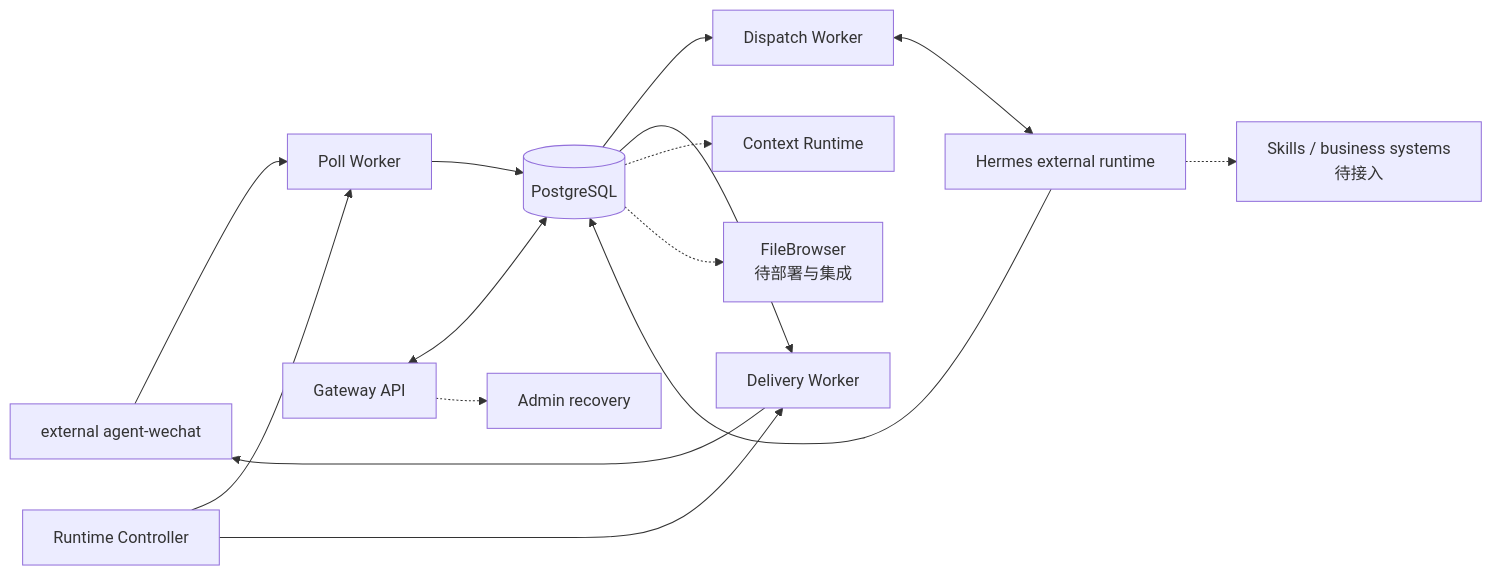
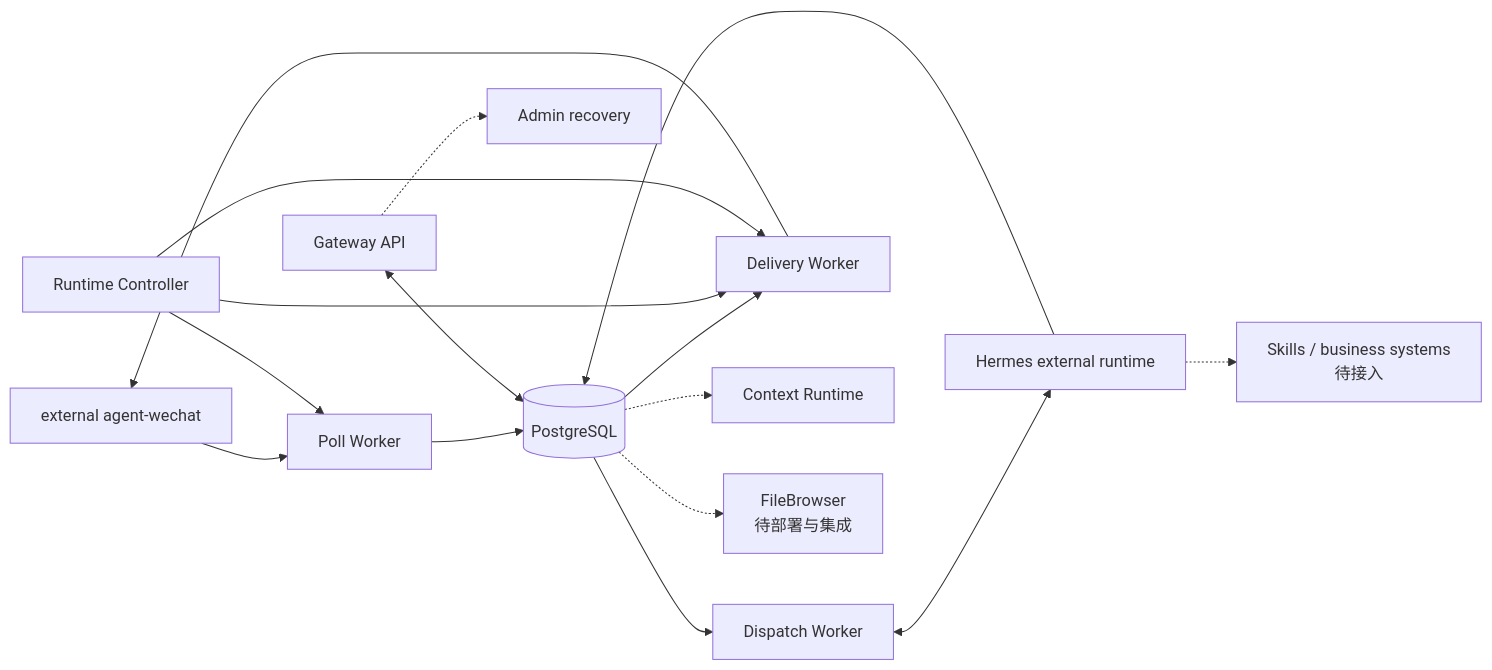
The diagram in architecture/component-map.md (Tangbohu09527/CF_ecommerce-automation-docs), drawn with Mermaid before and after one commit. The commit also changed other lines of this file and 16 other files, not shown here.

````diff
--- a/architecture/component-map.md
+++ b/architecture/component-map.md
@@ -21,13 +21,14 @@
 ```mermaid
 flowchart LR
     AW["external agent-wechat"] --> PW["Poll Worker"] --> PG[("PostgreSQL")]
     API["Gateway API"] <--> PG
     PG --> DW["Dispatch Worker"] <--> H["Hermes external runtime"]
     H --> PG --> DLW["Delivery Worker"] --> AW
     CTL["Runtime Controller"] --> PW
     CTL --> DLW
+    CTL --> DLW
     PG -.-> CTX["Context Runtime"]
     API -.-> ADM["Admin recovery"]
     H -.-> SK["Skills / business systems<br/>待接入"]
     PG -.-> FB["FileBrowser<br/>待部署与集成"]
 ```
````
